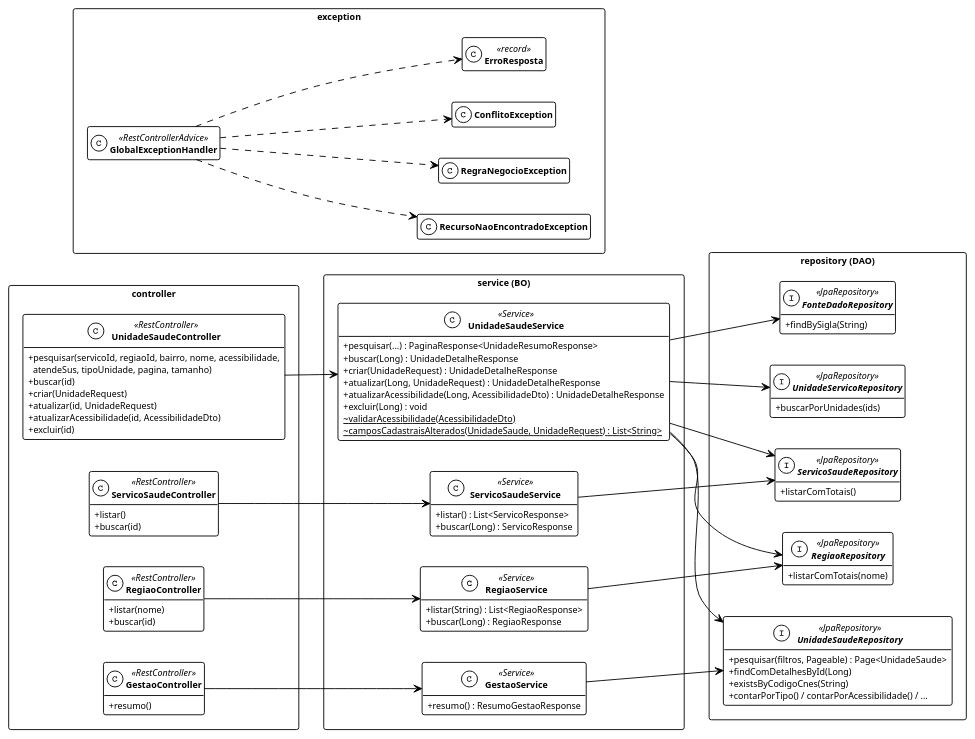
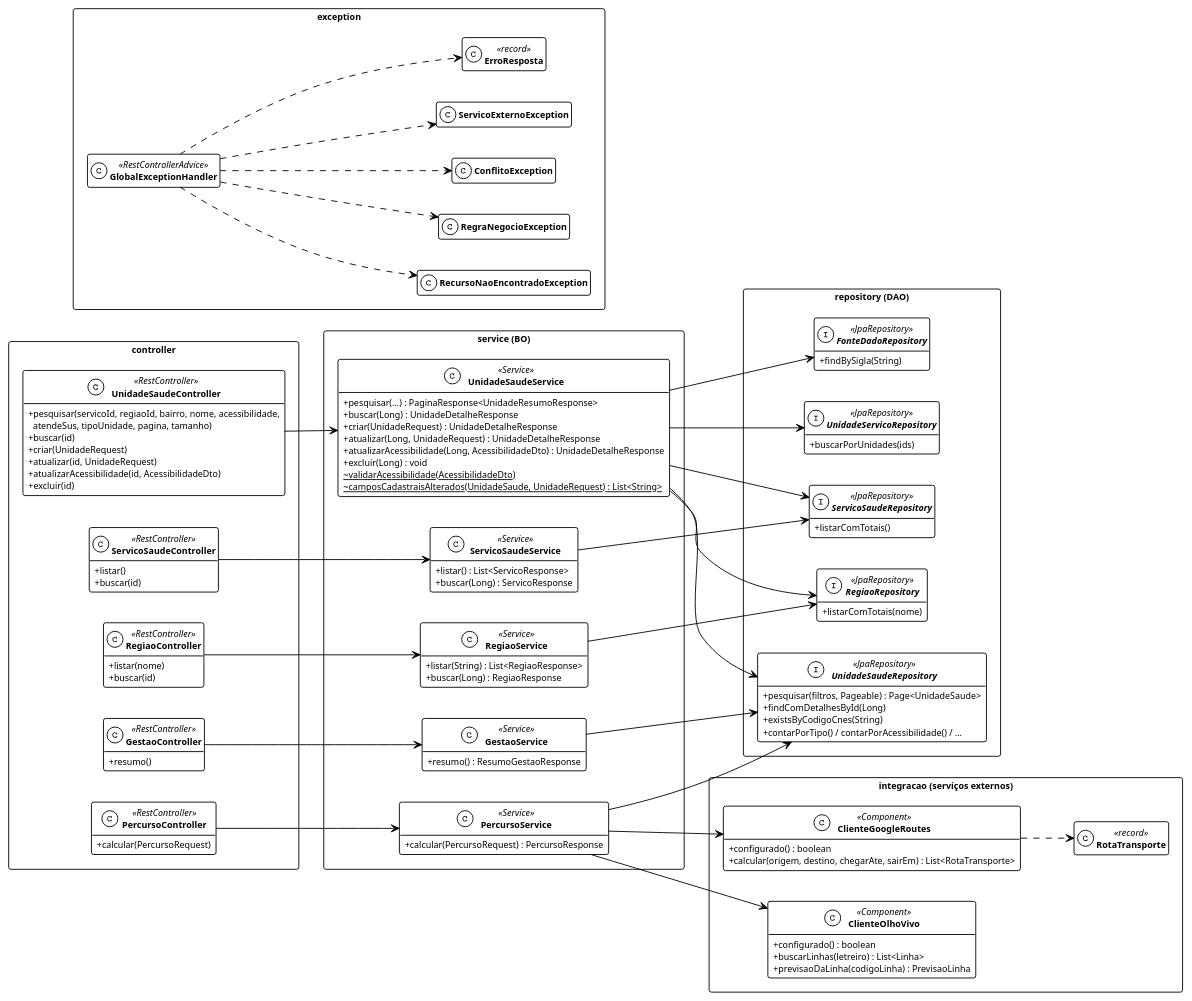
Before and after one commit to nsantos1/vias: the diagram in services/api/docs/diagramas/classes-camadas.puml, drawn with PlantUML. The commit also changed 12 other files, not shown here.

Commit message:
docs(api): atualiza diagramas, endpoints e README com percurso e V5/V6; PDF fora do repositório

```diff
--- a/services/api/docs/diagramas/classes-camadas.puml
+++ b/services/api/docs/diagramas/classes-camadas.puml
@@ -1,104 +1,130 @@
 @startuml classes-camadas
 !theme plain
 set separator none
 skinparam classAttributeIconSize 0
 skinparam shadowing false
 skinparam classFontStyle bold
 skinparam packageStyle rectangle
 skinparam defaultFontName Arial
 hide empty members
 skinparam defaultFontSize 10
 left to right direction
 
 package "controller" {
   class UnidadeSaudeController <<RestController>> {
     + pesquisar(servicoId, regiaoId, bairro, nome, acessibilidade,\n  atendeSus, tipoUnidade, pagina, tamanho)
     + buscar(id)
     + criar(UnidadeRequest)
     + atualizar(id, UnidadeRequest)
     + atualizarAcessibilidade(id, AcessibilidadeDto)
     + excluir(id)
   }
   class ServicoSaudeController <<RestController>> {
     + listar()
     + buscar(id)
   }
   class RegiaoController <<RestController>> {
     + listar(nome)
     + buscar(id)
   }
   class GestaoController <<RestController>> {
     + resumo()
   }
+  class PercursoController <<RestController>> {
+    + calcular(PercursoRequest)
+  }
 }
 
 package "service (BO)" as service {
   class UnidadeSaudeService <<Service>> {
     + pesquisar(...) : PaginaResponse<UnidadeResumoResponse>
     + buscar(Long) : UnidadeDetalheResponse
     + criar(UnidadeRequest) : UnidadeDetalheResponse
     + atualizar(Long, UnidadeRequest) : UnidadeDetalheResponse
     + atualizarAcessibilidade(Long, AcessibilidadeDto) : UnidadeDetalheResponse
     + excluir(Long) : void
     ~ {static} validarAcessibilidade(AcessibilidadeDto)
     ~ {static} camposCadastraisAlterados(UnidadeSaude, UnidadeRequest) : List<String>
   }
   class ServicoSaudeService <<Service>> {
     + listar() : List<ServicoResponse>
     + buscar(Long) : ServicoResponse
   }
   class RegiaoService <<Service>> {
     + listar(String) : List<RegiaoResponse>
     + buscar(Long) : RegiaoResponse
   }
   class GestaoService <<Service>> {
     + resumo() : ResumoGestaoResponse
   }
+  class PercursoService <<Service>> {
+    + calcular(PercursoRequest) : PercursoResponse
+  }
+}
+
+package "integracao (serviços externos)" as integracao {
+  class ClienteGoogleRoutes <<Component>> {
+    + configurado() : boolean
+    + calcular(origem, destino, chegarAte, sairEm) : List<RotaTransporte>
+  }
+  class ClienteOlhoVivo <<Component>> {
+    + configurado() : boolean
+    + buscarLinhas(letreiro) : List<Linha>
+    + previsaoDaLinha(codigoLinha) : PrevisaoLinha
+  }
+  class RotaTransporte <<record>>
 }
 
 package "repository (DAO)" as repository {
   interface UnidadeSaudeRepository <<JpaRepository>> {
     + pesquisar(filtros, Pageable) : Page<UnidadeSaude>
     + findComDetalhesById(Long)
     + existsByCodigoCnes(String)
     + contarPorTipo() / contarPorAcessibilidade() / ...
   }
   interface UnidadeServicoRepository <<JpaRepository>> {
     + buscarPorUnidades(ids)
   }
   interface ServicoSaudeRepository <<JpaRepository>> {
     + listarComTotais()
   }
   interface RegiaoRepository <<JpaRepository>> {
     + listarComTotais(nome)
   }
   interface FonteDadoRepository <<JpaRepository>> {
     + findBySigla(String)
   }
 }
 
 package "exception" {
   class GlobalExceptionHandler <<RestControllerAdvice>>
   class RecursoNaoEncontradoException
   class RegraNegocioException
   class ConflitoException
+  class ServicoExternoException
   class ErroResposta <<record>>
 }
 
 UnidadeSaudeController --> UnidadeSaudeService
 ServicoSaudeController --> ServicoSaudeService
 RegiaoController --> RegiaoService
 GestaoController --> GestaoService
+PercursoController --> PercursoService
 UnidadeSaudeService --> UnidadeSaudeRepository
 UnidadeSaudeService --> UnidadeServicoRepository
 UnidadeSaudeService --> ServicoSaudeRepository
 UnidadeSaudeService --> RegiaoRepository
 UnidadeSaudeService --> FonteDadoRepository
 ServicoSaudeService --> ServicoSaudeRepository
 RegiaoService --> RegiaoRepository
 GestaoService --> UnidadeSaudeRepository
+PercursoService --> UnidadeSaudeRepository
+PercursoService --> ClienteGoogleRoutes
+PercursoService --> ClienteOlhoVivo
+ClienteGoogleRoutes ..> RotaTransporte
 GlobalExceptionHandler ..> ErroResposta
 GlobalExceptionHandler ..> RecursoNaoEncontradoException
 GlobalExceptionHandler ..> RegraNegocioException
 GlobalExceptionHandler ..> ConflitoException
+GlobalExceptionHandler ..> ServicoExternoException
 @enduml
```
